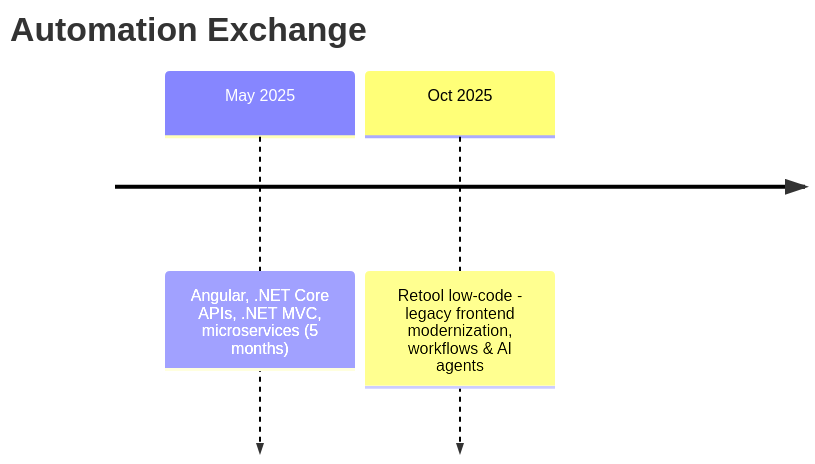
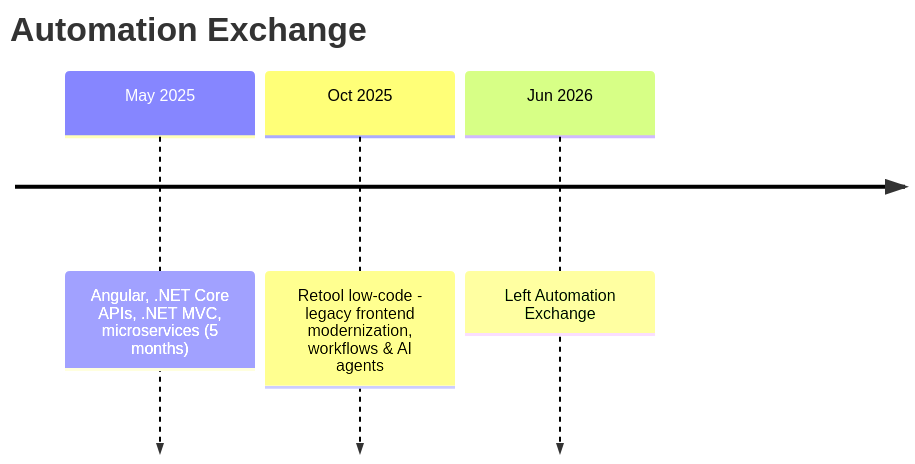
One commit to SilindamMN/SilindamMN changed the first of 2 diagrams in README.md. Above: the diagram before and after it, drawn with Mermaid. The commit also changed other lines of this file, not shown here.

````diff
--- a/README.md
+++ b/README.md
@@ -41,6 +41,7 @@
 ```mermaid
 timeline
     title Automation Exchange
     May 2025 : Angular, .NET Core APIs, .NET MVC, microservices (5 months)
     Oct 2025 : Retool low-code - legacy frontend modernization, workflows & AI agents
+    Jun 2026 : Left Automation Exchange
 ```
````
